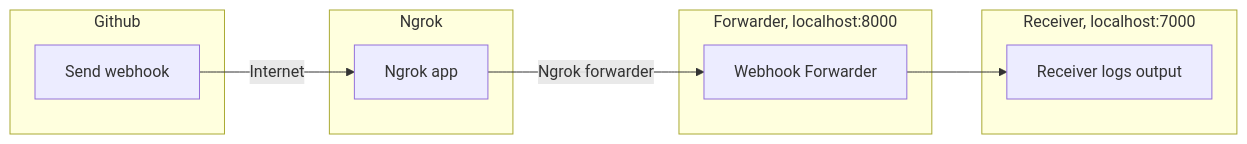
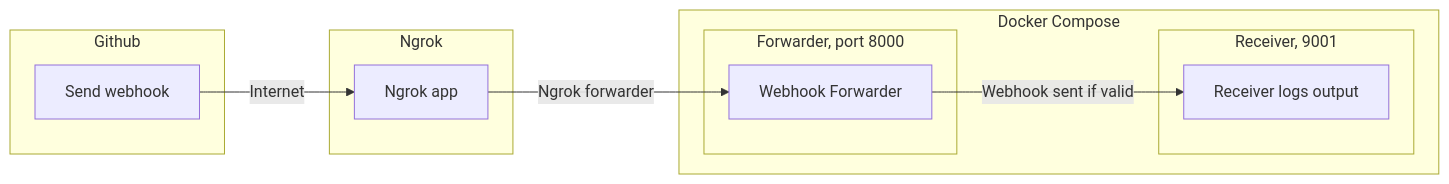
One commit to Antvirf/webhook-forwarder-python changed the second of 2 diagrams in README.md. Above: the diagram before and after it, drawn with Mermaid. The commit also changed other lines of this file and 3 other files, not shown here.

Commit message:
Updating example to use docker-compose

````diff
--- a/README.md
+++ b/README.md
@@ -36,24 +36,26 @@
 ```mermaid
 flowchart LR
 
     subgraph gh[Github]
         webhook[Send webhook]
     end
     
     subgraph ngrok[Ngrok]
         ngroker[Ngrok app]
     end
 
-    subgraph forwarder[Forwarder, localhost:8000]
-        fwd[Webhook Forwarder]
-    end
+    subgraph compose[Docker Compose]
+        subgraph forwarder[Forwarder, port 8000]
+            fwd[Webhook Forwarder]
+        end
 
-    subgraph receiver[Receiver, localhost:7000]
-        rec[Receiver logs output]
+        subgraph receiver[Receiver, 9001]
+            rec[Receiver logs output]
+        end
     end
 
     webhook --> |Internet| ngroker
     ngroker --> |Ngrok forwarder| fwd
-    fwd --> rec
+    fwd --> |Webhook sent if valid| rec
 
 ```
````
